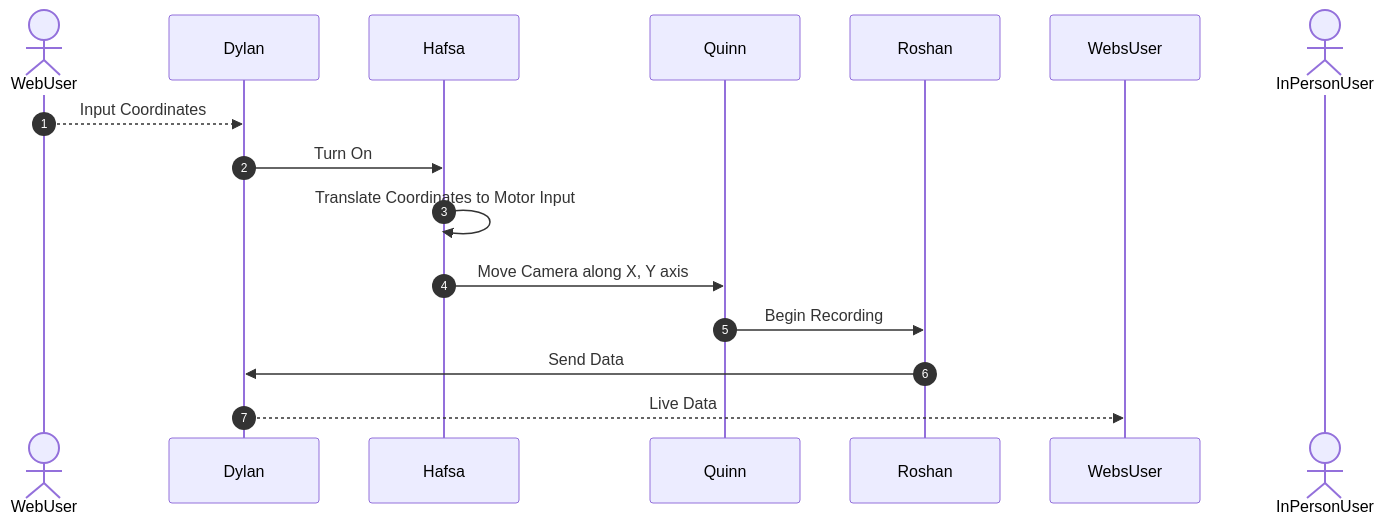
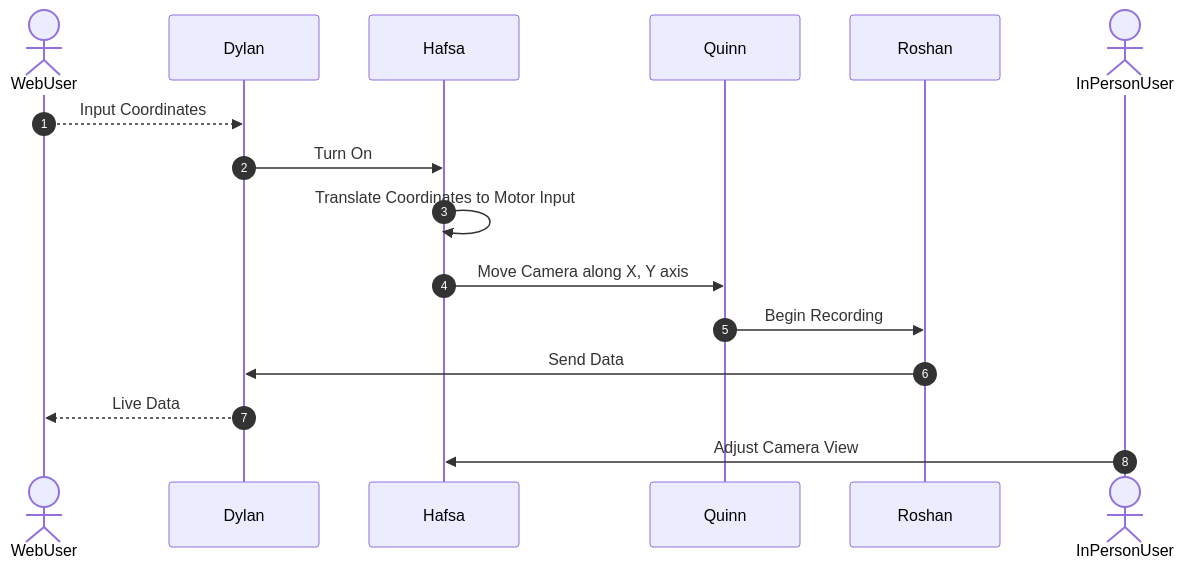
Before and after one commit to EGR314-S-2026-304/EGR314-S-2026-304.github.io: the diagram in docs/04-Team-Diagram.md, drawn with Mermaid.

````diff
--- a/docs/04-Team-Diagram.md
+++ b/docs/04-Team-Diagram.md
@@ -11,13 +11,14 @@
 ``` mermaid
 sequenceDiagram
   autonumber
   actor WebUser
   WebUser-->>Dylan: Input Coordinates
   Dylan->>Hafsa: Turn On
   Hafsa->>Hafsa: Translate Coordinates to Motor Input
   Hafsa->>Quinn: Move Camera along X, Y axis
   Quinn->>Roshan: Begin Recording
   Roshan->>Dylan: Send Data
-  Dylan-->>WebsUser: Live Data
+  Dylan-->>WebUser: Live Data
   actor InPersonUser
+  InPersonUser->>Hafsa: Adjust Camera View
 ```
````
